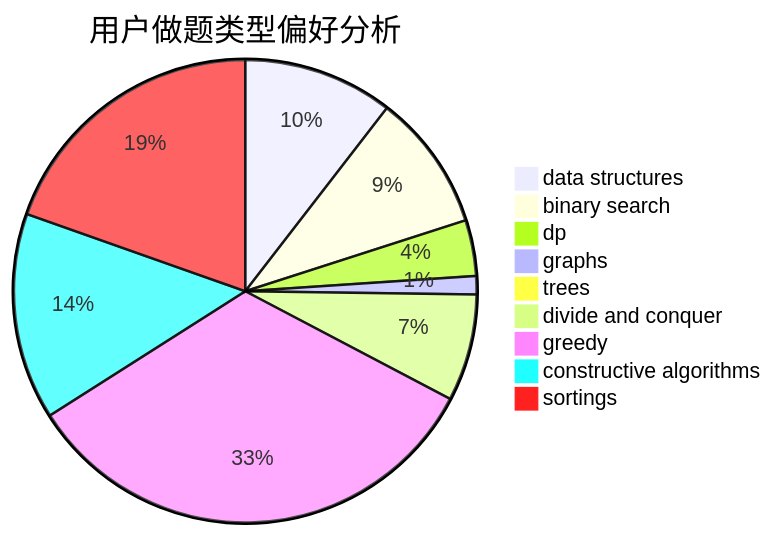
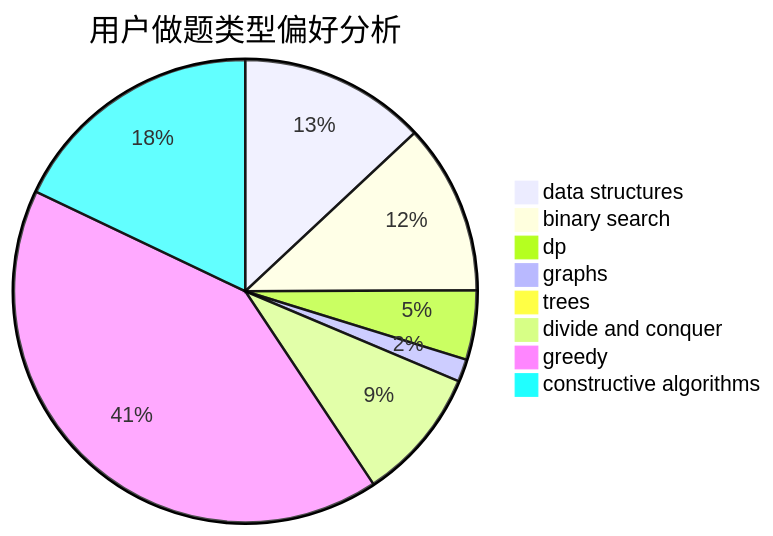
One commit to sherpahu/cfrs.github.io changed the second of 3 diagrams in docs/user/u2216.md. Above: the diagram before and after it, drawn with Mermaid. The commit also changed other lines of this file and 2769 other files, not shown here.

````diff
--- a/docs/user/u2216.md
+++ b/docs/user/u2216.md
@@ -18,12 +18,11 @@
 ```mermaid
 pie title 用户做题类型偏好分析
     "data structures" :  231
     "binary search" :  211
     "dp" :  86
     "graphs" :  28
     "trees" :  17
     "divide and conquer" :  165
     "greedy" :  734
     "constructive algorithms" :  318
-    "sortings" :  432
 ```
````
